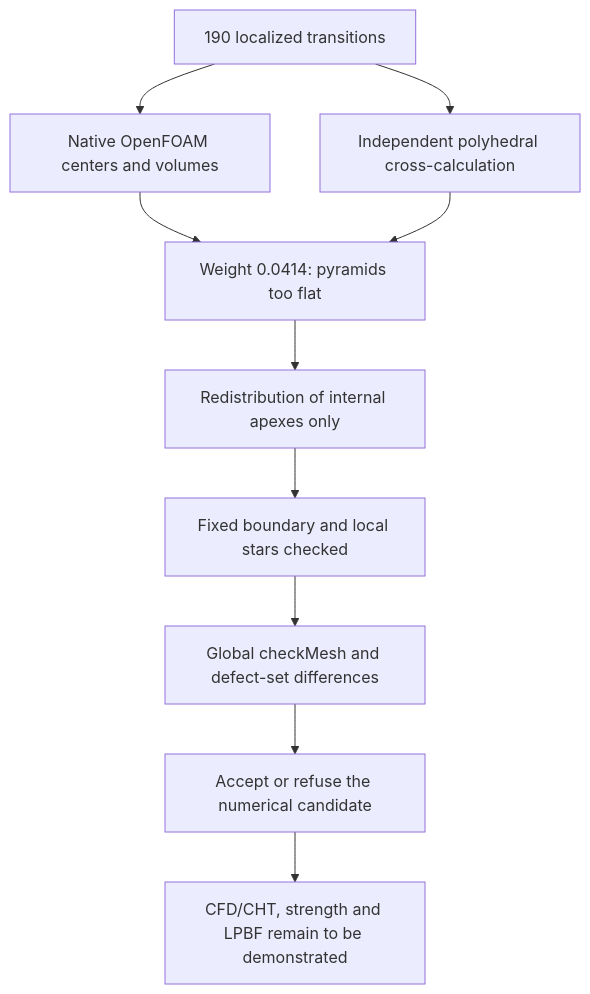
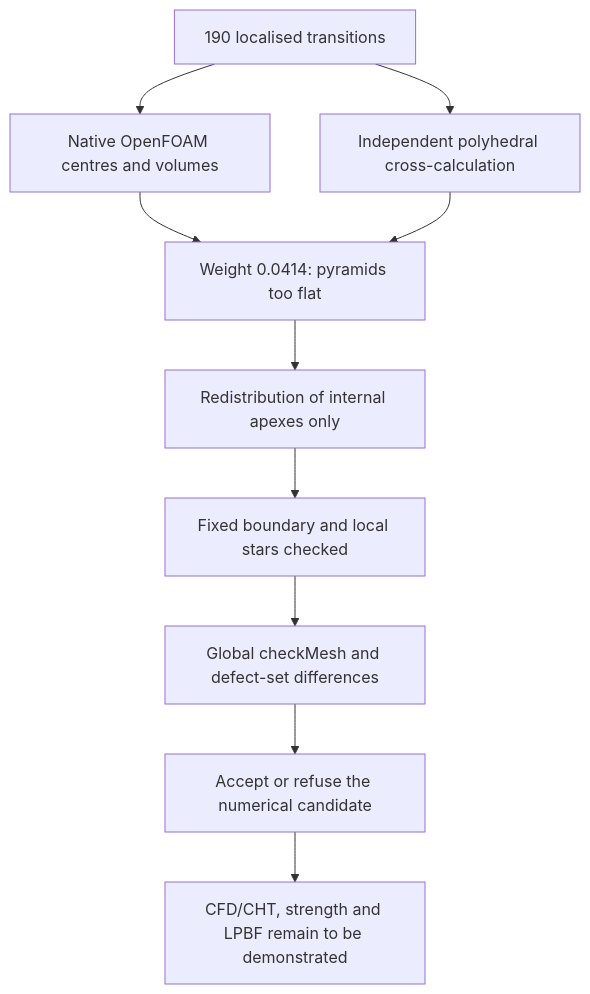
The diagram in docs/reports/M64_APEX_TRANSITIONS_20260909.md (cluster2600/porscheparts), drawn with Mermaid before and after one commit. The commit also changed other lines of this file and 480 other files, not shown here.

````diff
--- a/docs/reports/M64_APEX_TRANSITIONS_20260909.md
+++ b/docs/reports/M64_APEX_TRANSITIONS_20260909.md
@@ -135,12 +135,12 @@
 ```mermaid
 flowchart TD
-    A["190 localized transitions"] --> B["Native OpenFOAM centers and volumes"]
+    A["190 localised transitions"] --> B["Native OpenFOAM centres and volumes"]
     A --> C["Independent polyhedral cross-calculation"]
     B --> D["Weight 0.0414: pyramids too flat"]
     C --> D
     D --> E["Redistribution of internal apexes only"]
     E --> F["Fixed boundary and local stars checked"]
     F --> G["Global checkMesh and defect-set differences"]
     G --> H["Accept or refuse the numerical candidate"]
     H --> I["CFD/CHT, strength and LPBF remain to be demonstrated"]
 ```
````
